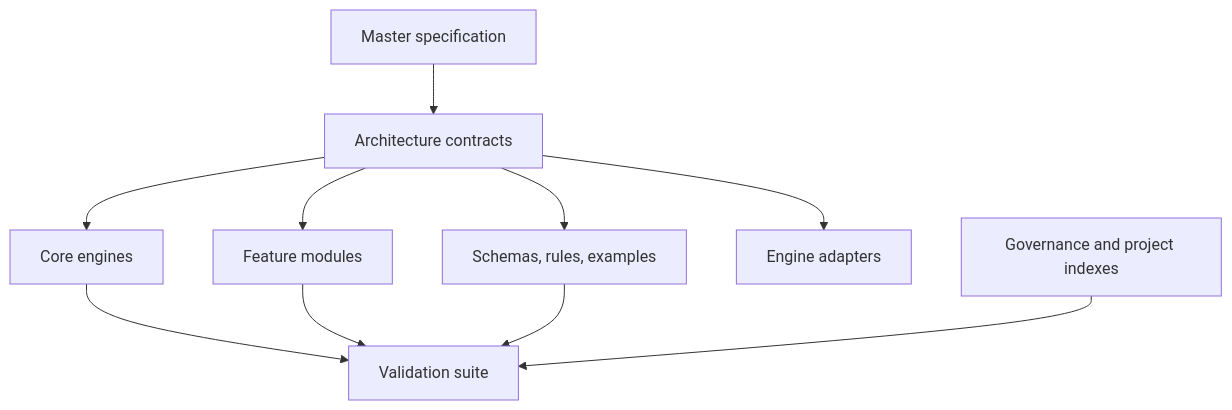
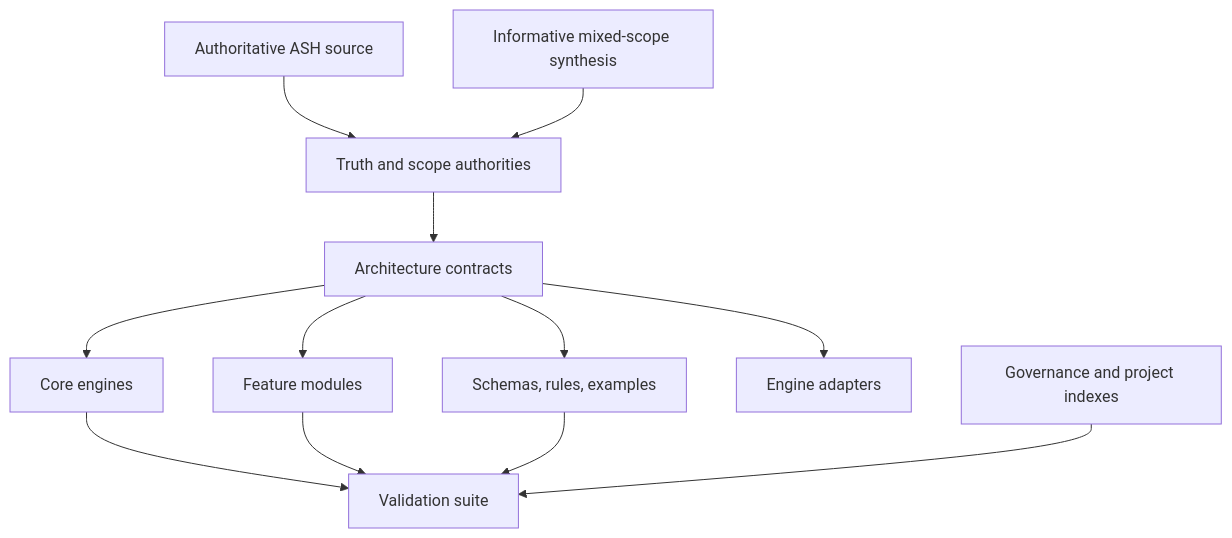
One commit to flynn33/yggdrasil-world-engine changed the diagram in docs/project/repository_map.md. Above: the diagram before and after it, drawn with Mermaid. The commit also changed other lines of this file and 107 other files, not shown here.

````diff
--- a/docs/project/repository_map.md
+++ b/docs/project/repository_map.md
@@ -5,21 +5,25 @@
 ```mermaid
 flowchart TB
-  Spec["Master specification"]
+  ASH["Authoritative ASH source"]
+  Lattice["Truth and scope authorities"]
+  Spec["Informative mixed-scope synthesis"]
   Arch["Architecture contracts"]
   Core["Core engines"]
   Modules["Feature modules"]
   Data["Schemas, rules, examples"]
   Validation["Validation suite"]
   Adapters["Engine adapters"]
   Docs["Governance and project indexes"]
 
-  Spec --> Arch
+  ASH --> Lattice
+  Lattice --> Arch
+  Spec --> Lattice
   Arch --> Core
   Arch --> Modules
   Arch --> Data
   Core --> Validation
   Modules --> Validation
   Data --> Validation
   Arch --> Adapters
   Docs --> Validation
 ```
````
